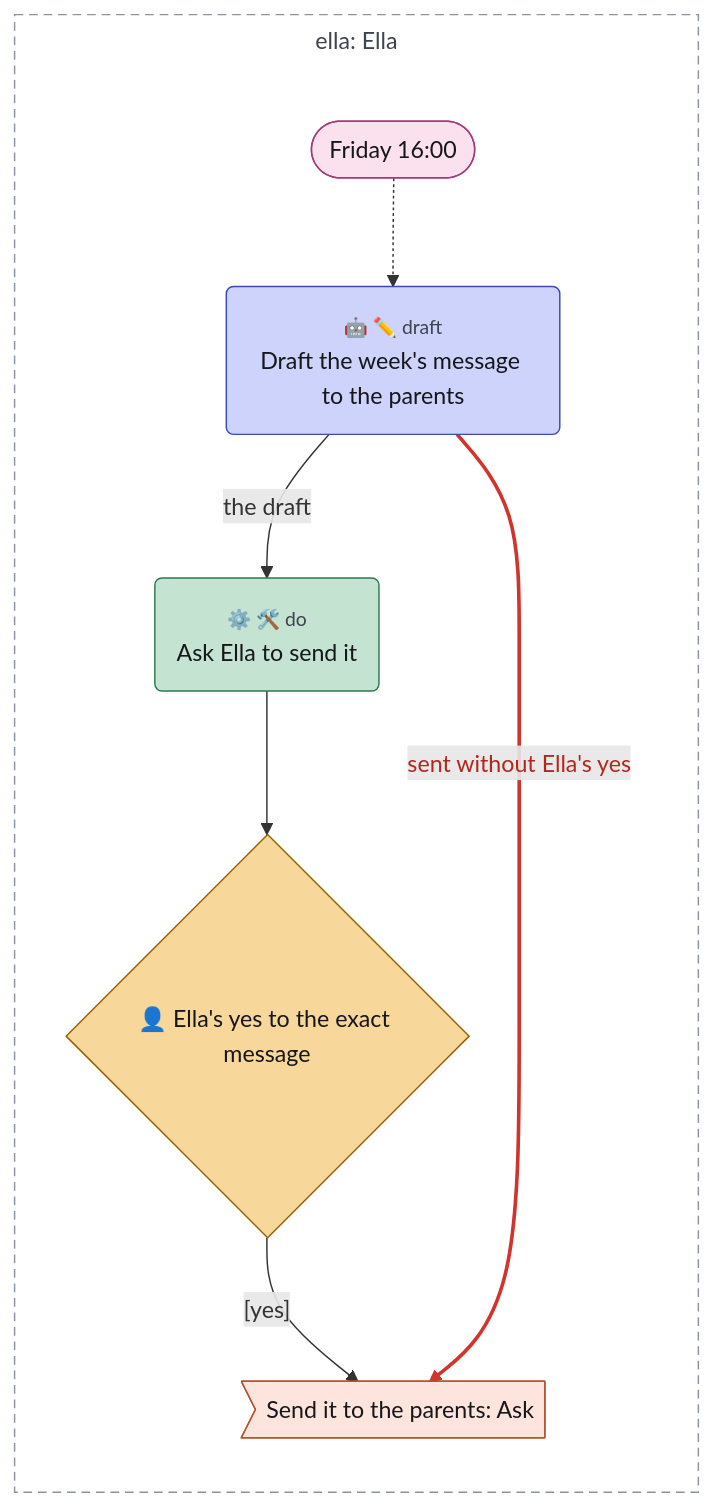
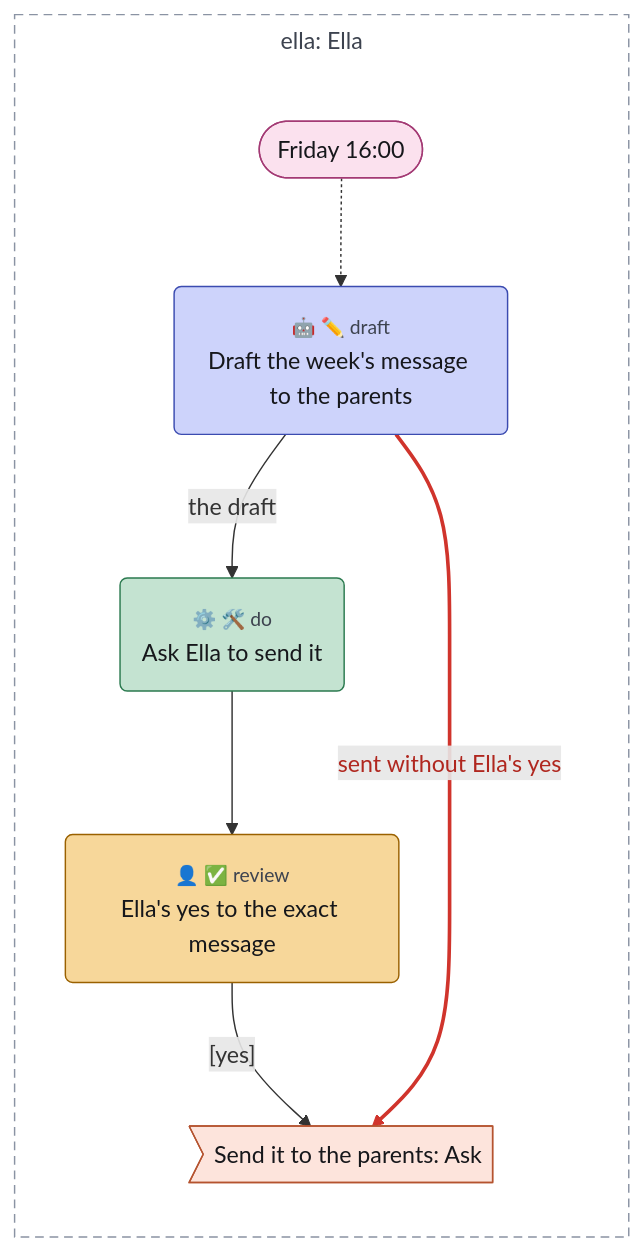
The diagram in examples/tour/06-red-line.mmd (chrismdp/awml), drawn with Mermaid before and after one commit. The commit also changed 19 other files, not shown here.

```diff
--- a/examples/tour/06-red-line.mmd
+++ b/examples/tour/06-red-line.mmd
@@ -1,41 +1,41 @@
 ---
 config:
   theme: default
   flowchart:
     useMaxWidth: false
     subGraphTitleMargin:
       top: 6
       bottom: 30
 ---
 flowchart TB
   subgraph ella["ella: Ella"]
     direction TB
     fri(["Friday 16:00"])
     write("<small style='color:#3d434f'>🤖 ✏️ draft</small><br>Draft the week's message to the parents")
     ask("<small style='color:#3d434f'>⚙️ 🛠️ do</small><br>Ask Ella to send it")
-    approve{"👤 Ella's yes to the exact message"}
+    approve("<small style='color:#3d434f'>👤 ✅ review</small><br>Ella's yes to the exact message")
     send>"Send it to the parents: Ask"]
   end
 
   fri -.-> write
   write -->|"the draft"| ask
   ask --> approve
   approve -->|"[yes]"| send
   write -->|"sent without Ella's yes"| send
   classDef trig fill:#fbe1ee,stroke:#a33a74,color:#16171b
   classDef ctx fill:#e2eef9,stroke:#3d6fa3,color:#16171b
   classDef con fill:#eceef2,stroke:#5d6472,color:#16171b
   classDef surf fill:#ffffff,stroke:#2a2d35,stroke-width:1.5px,color:#16171b
   classDef out fill:#fde4dc,stroke:#b5532f,color:#16171b
   classDef ai fill:#cdd3fb,stroke:#3b4bb0,color:#16171b
   classDef rule fill:#c4e3d1,stroke:#2b7a4f,color:#16171b
   classDef human fill:#f7d79a,stroke:#9a6100,color:#16171b
   classDef uml fill:#16171b,stroke:#16171b,color:#16171b
   classDef gap fill:#ffffff,stroke:#8a93a3,stroke-dasharray:4 3,color:#6b7280
   class fri trig
   class send out
   class write ai
   class ask rule
   class approve human
   style ella fill:transparent,stroke:#8a93a3,stroke-dasharray:6 4,color:#3d434f
   linkStyle 4 stroke:#d0342c,stroke-width:2.5px,color:#b0271f
```
